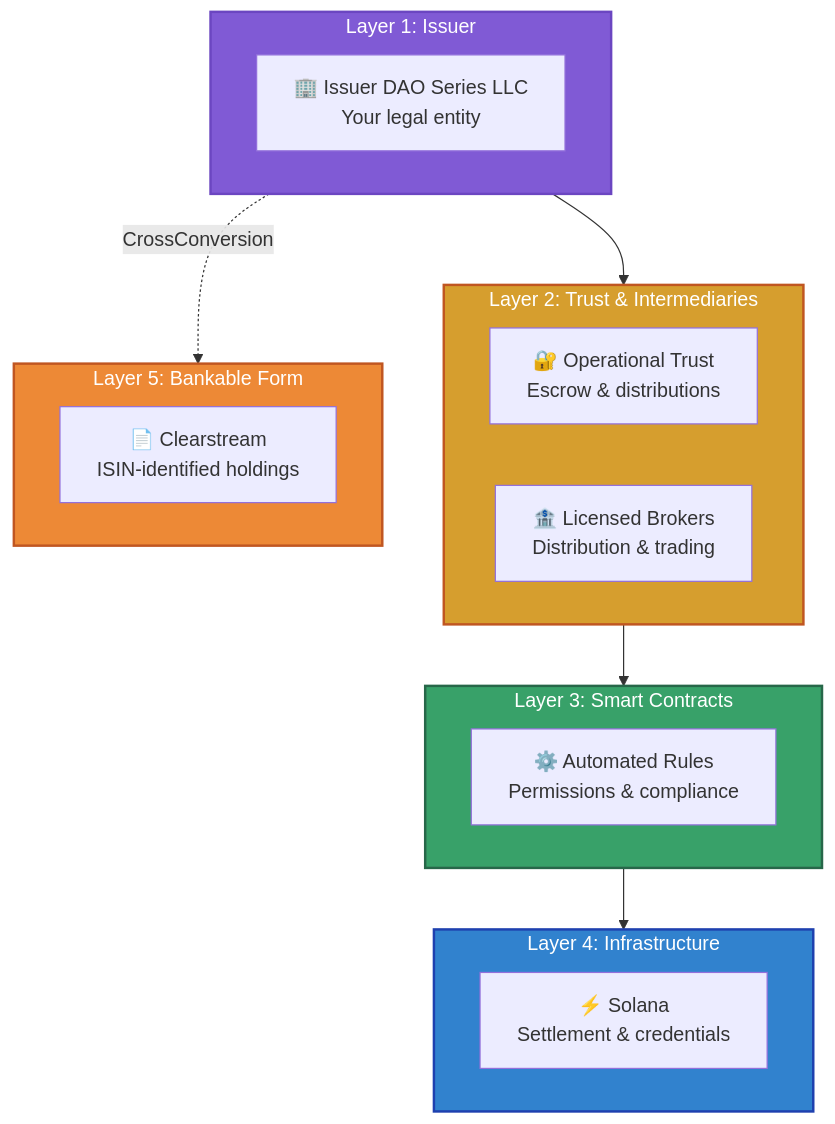
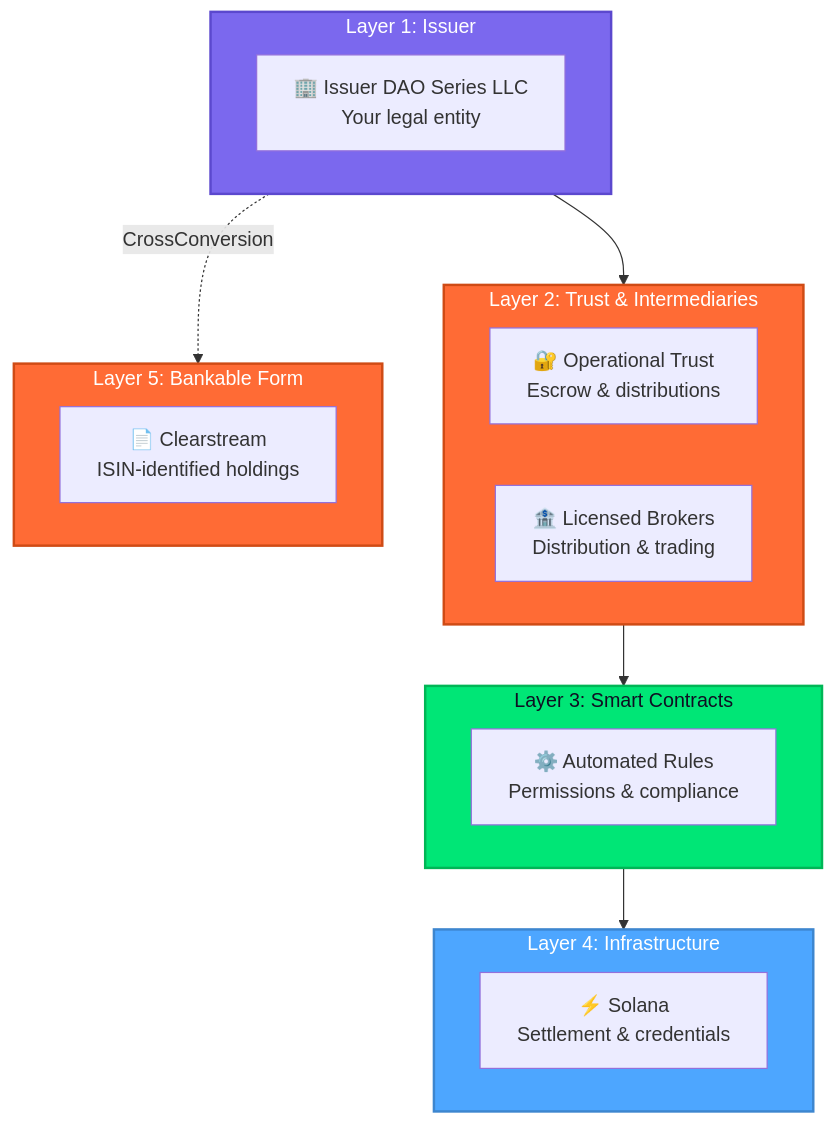
One commit to hrbrlife/sailsto_website changed the first of 9 diagrams in hugo-site/content/whatsails.md. Above: the diagram before and after it, drawn with Mermaid. The commit also changed other lines of this file and 9 other files, not shown here.

```diff
--- a/hugo-site/content/whatsails.md
+++ b/hugo-site/content/whatsails.md
@@ -241,28 +241,28 @@
         <div class="mermaid">
         flowchart TB
             subgraph Layer1[Layer 1: Issuer]
                 LLC[🏢 Issuer DAO Series LLC<br/>Your legal entity]
             end
             subgraph Layer2[Layer 2: Trust & Intermediaries]
                 TRUST[🔐 Operational Trust<br/>Escrow & distributions]
                 BROKERS[🏦 Licensed Brokers<br/>Distribution & trading]
             end
             subgraph Layer3[Layer 3: Smart Contracts]
                 RULES[⚙️ Automated Rules<br/>Permissions & compliance]
             end
             subgraph Layer4[Layer 4: Infrastructure]
                 SOL[⚡ Solana<br/>Settlement & credentials]
             end
             subgraph Layer5[Layer 5: Bankable Form]
                 CLEAR[📄 Clearstream<br/>ISIN-identified holdings]
             end
             Layer1 --> Layer2
             Layer2 --> Layer3
             Layer3 --> Layer4
             Layer1 -.->|CrossConversion| Layer5
-            style Layer1 fill:#805ad5,color:#fff,stroke:#6b46c1,stroke-width:2px
-            style Layer2 fill:#d69e2e,color:#fff,stroke:#c05621,stroke-width:2px
-            style Layer3 fill:#38a169,color:#fff,stroke:#276749,stroke-width:2px
-            style Layer4 fill:#3182ce,color:#fff,stroke:#1e40af,stroke-width:2px
-            style Layer5 fill:#ed8936,color:#fff,stroke:#c05621,stroke-width:2px
+            style Layer1 fill:#7B68EE,color:#fff,stroke:#5B48CE,stroke-width:2px
+            style Layer2 fill:#FF6B35,color:#fff,stroke:#CF4B15,stroke-width:2px
+            style Layer3 fill:#00E676,color:#0F0F23,stroke:#00B656,stroke-width:2px
+            style Layer4 fill:#4DA6FF,color:#fff,stroke:#3D86CF,stroke-width:2px
+            style Layer5 fill:#FF6B35,color:#fff,stroke:#CF4B15,stroke-width:2px
         </div>
```
